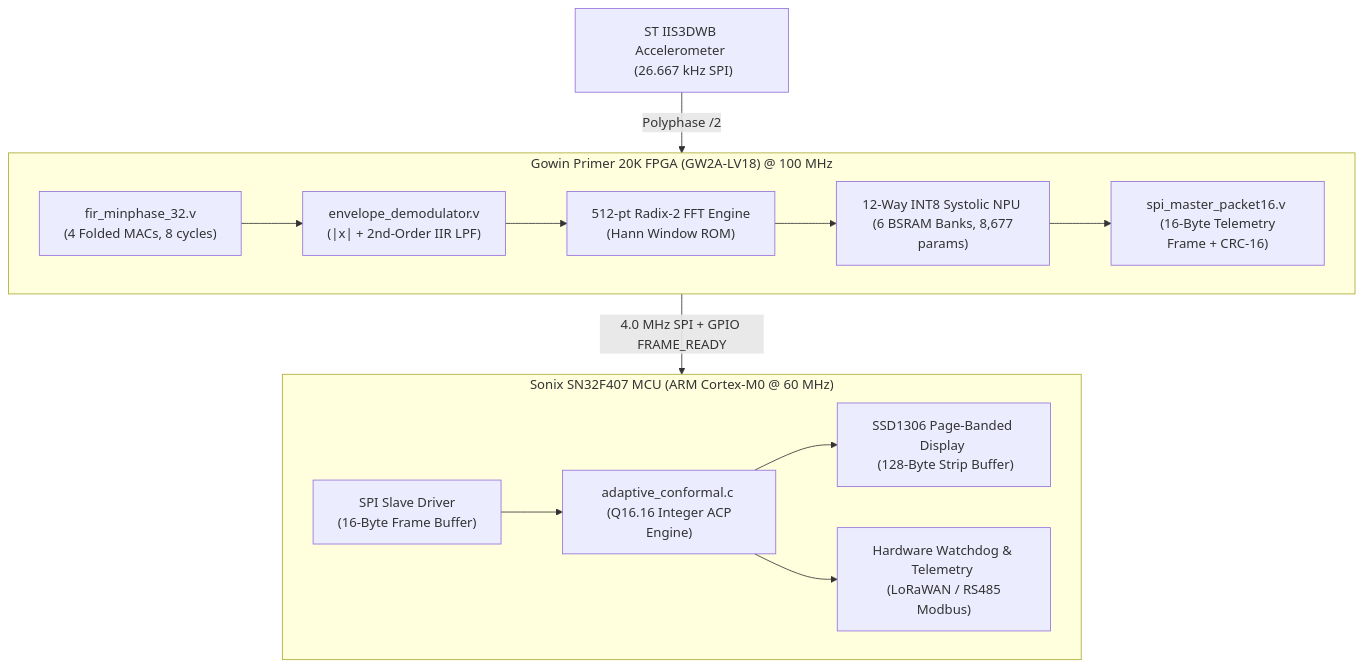
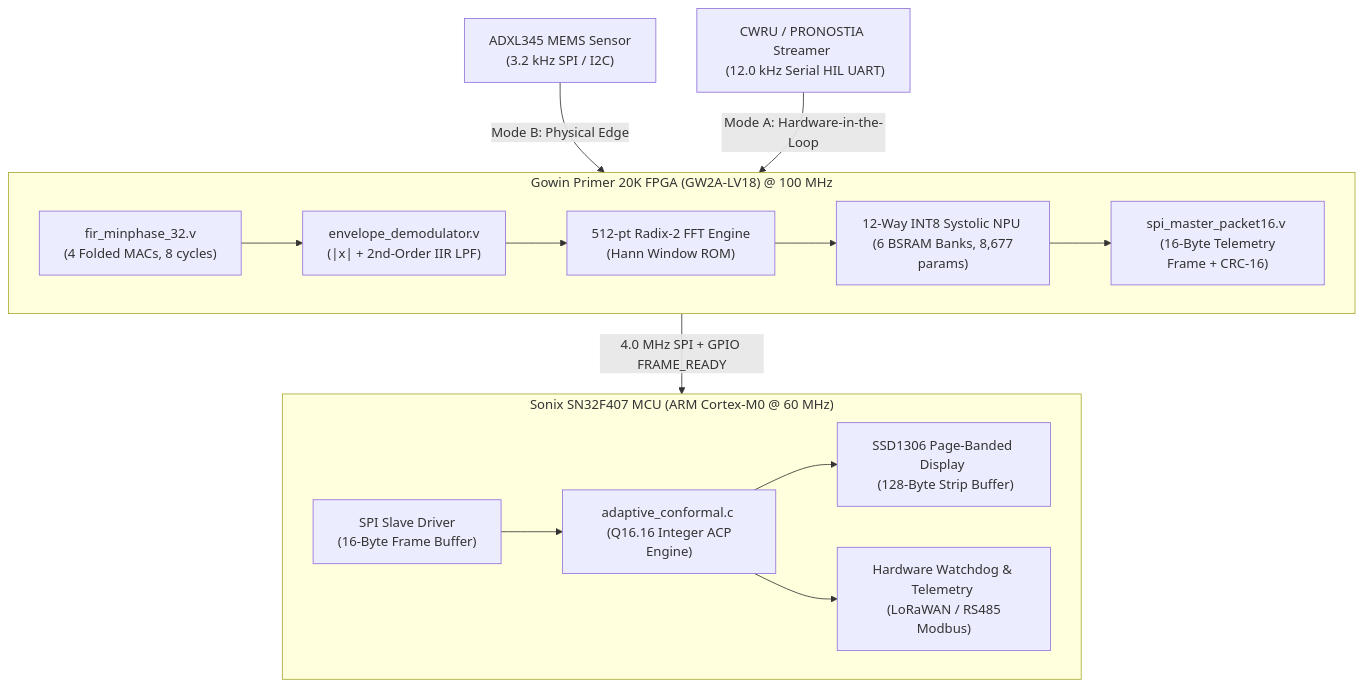
One commit to zok213/VIbraDistill changed the diagram in embedded/README.md. Above: the diagram before and after it, drawn with Mermaid. The commit also changed 3 other files, not shown here.

Commit message:
fix(dsp): eradicate legacy 13.3kHz/IIS3DWB remnants and align sensor profiles to HIL 12kHz and ADXL 3.2kHz

````diff
--- a/embedded/README.md
+++ b/embedded/README.md
@@ -11,27 +11,28 @@
 ```mermaid
 graph TD
-    Sensor["ST IIS3DWB Accelerometer <br> (26.667 kHz SPI)"] -->|Polyphase /2| FPGA
+    Sensor_ADXL["ADXL345 MEMS Sensor <br> (3.2 kHz SPI / I2C)"] -->|Mode B: Physical Edge| FPGA
+    HIL_Stream["CWRU / PRONOSTIA Streamer <br> (12.0 kHz Serial HIL UART)"] -->|Mode A: Hardware-in-the-Loop| FPGA
     
     subgraph FPGA["Gowin Primer 20K FPGA (GW2A-LV18) @ 100 MHz"]
         DSP1["fir_minphase_32.v <br> (4 Folded MACs, 8 cycles)"]
         DSP2["envelope_demodulator.v <br> (|x| + 2nd-Order IIR LPF)"]
         DSP3["512-pt Radix-2 FFT Engine <br> (Hann Window ROM)"]
         NPU["12-Way INT8 Systolic NPU <br> (6 BSRAM Banks, 8,677 params)"]
         SPI_TX["spi_master_packet16.v <br> (16-Byte Telemetry Frame + CRC-16)"]
         
         DSP1 --> DSP2 --> DSP3 --> NPU --> SPI_TX
     end
     
     FPGA -->|4.0 MHz SPI + GPIO FRAME_READY| MCU
     
     subgraph MCU["Sonix SN32F407 MCU (ARM Cortex-M0 @ 60 MHz)"]
         SPI_RX["SPI Slave Driver <br> (16-Byte Frame Buffer)"]
         ACP["adaptive_conformal.c <br> (Q16.16 Integer ACP Engine)"]
         OLED["SSD1306 Page-Banded Display <br> (128-Byte Strip Buffer)"]
         WDT["Hardware Watchdog & Telemetry <br> (LoRaWAN / RS485 Modbus)"]
         
         SPI_RX --> ACP
         ACP --> OLED
         ACP --> WDT
     end
 ```
````
